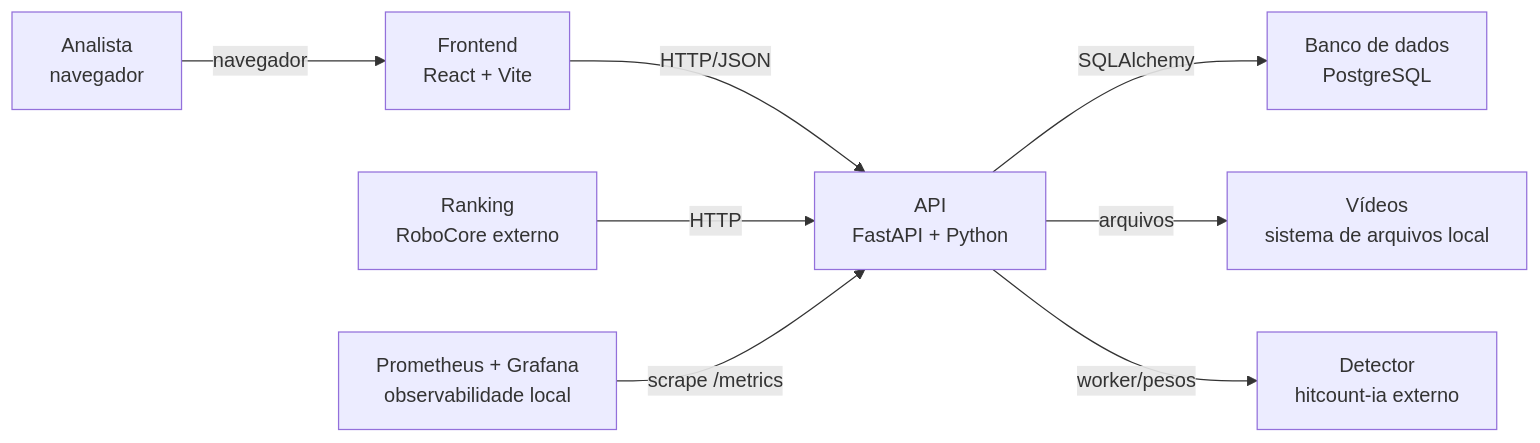
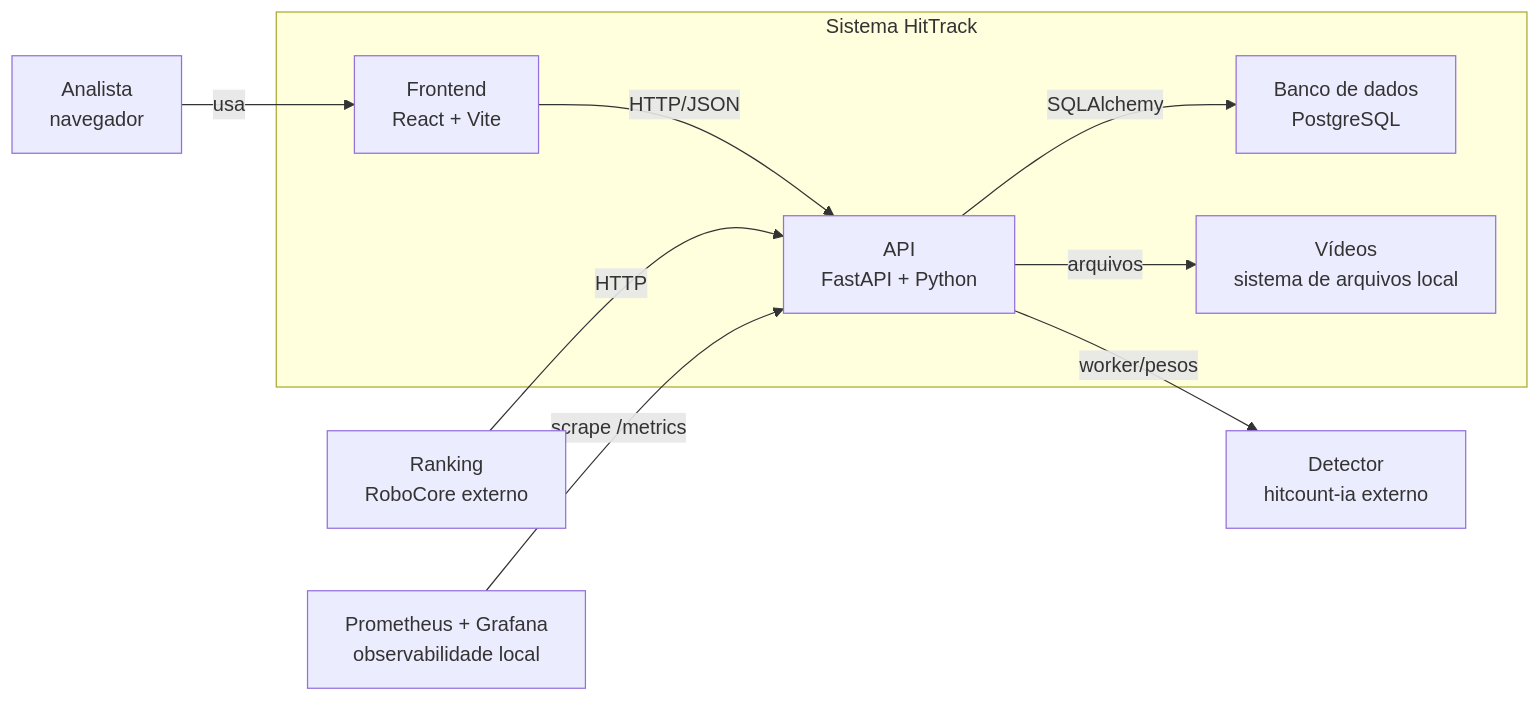
Before and after one commit to Olskaana/HitTrack: the diagram in docs/diagramas/c4-containers.mmd, drawn with Mermaid. The commit also changed 24 other files, not shown here.

```diff
--- a/docs/diagramas/c4-containers.mmd
+++ b/docs/diagramas/c4-containers.mmd
@@ -1,16 +1,22 @@
 flowchart LR
   analyst["Analista<br/>navegador"]
   frontend["Frontend<br/>React + Vite"]
   api["API<br/>FastAPI + Python"]
   db["Banco de dados<br/>PostgreSQL"]
   storage["Vídeos<br/>sistema de arquivos local"]
+  subgraph hittrack["Sistema HitTrack"]
+    frontend
+    api
+    db
+    storage
+  end
   detector["Detector<br/>hitcount-ia externo"]
   ranking["Ranking<br/>RoboCore externo"]
   monitor["Prometheus + Grafana<br/>observabilidade local"]
-  analyst -->|"navegador"| frontend
+  analyst -->|"usa"| frontend
   frontend -->|"HTTP/JSON"| api
   api -->|"SQLAlchemy"| db
   api -->|"arquivos"| storage
   api -->|"worker/pesos"| detector
   ranking -->|"HTTP"| api
   monitor -->|"scrape /metrics"| api
```
